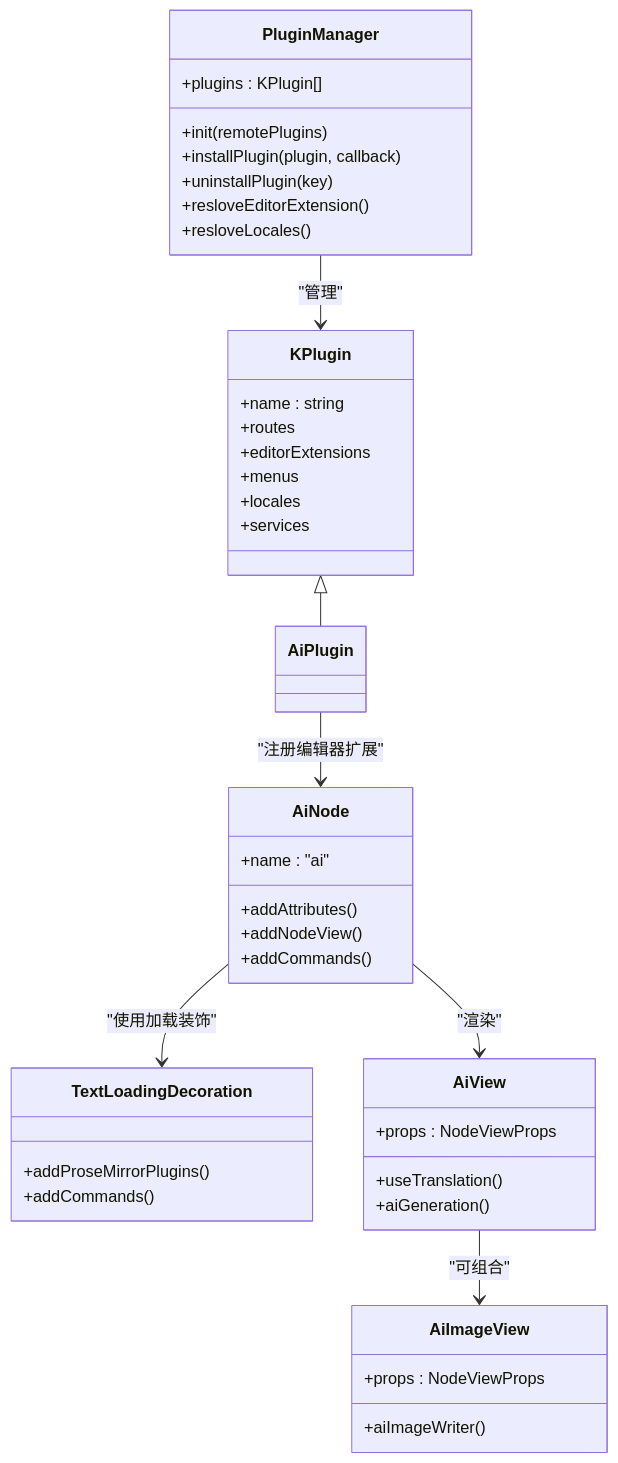
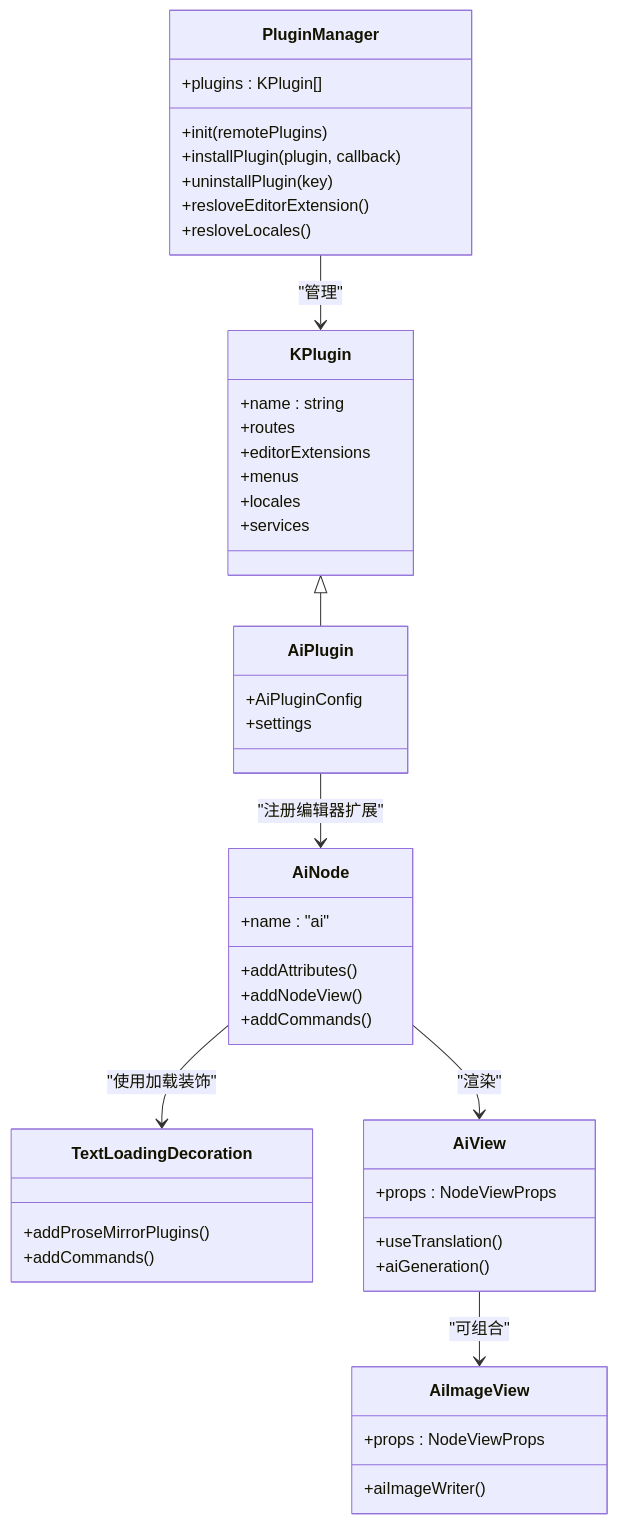
The third of 6 diagrams in .qoder/repowiki/zh/content/功能模块/AI插件/AI插件集成.md (LRF0422/Kotion), drawn with Mermaid before and after one commit. The commit also changed other lines of this file and 75 other files, not shown here.

````diff
--- a/.qoder/repowiki/zh/content/功能模块/AI插件/AI插件集成.md
+++ b/.qoder/repowiki/zh/content/功能模块/AI插件/AI插件集成.md
@@ -162,46 +178,48 @@
 ```mermaid
 classDiagram
 class KPlugin {
 +name : string
 +routes
 +editorExtensions
 +menus
 +locales
 +services
 }
 class PluginManager {
 +plugins : KPlugin[]
 +init(remotePlugins)
 +installPlugin(plugin, callback)
 +uninstallPlugin(key)
 +resloveEditorExtension()
 +resloveLocales()
 }
 class AiPlugin {
++AiPluginConfig
++settings
 }
 class AiNode {
 +name : "ai"
 +addAttributes()
 +addNodeView()
 +addCommands()
 }
 class TextLoadingDecoration {
 +addProseMirrorPlugins()
 +addCommands()
 }
 class AiView {
 +props : NodeViewProps
 +useTranslation()
 +aiGeneration()
 }
 class AiImageView {
 +props : NodeViewProps
 +aiImageWriter()
 }
 KPlugin <|-- AiPlugin
 PluginManager --> KPlugin : "管理"
 AiPlugin --> AiNode : "注册编辑器扩展"
 AiNode --> AiView : "渲染"
 AiNode --> TextLoadingDecoration : "使用加载装饰"
 AiView --> AiImageView : "可组合"
 ```
````
